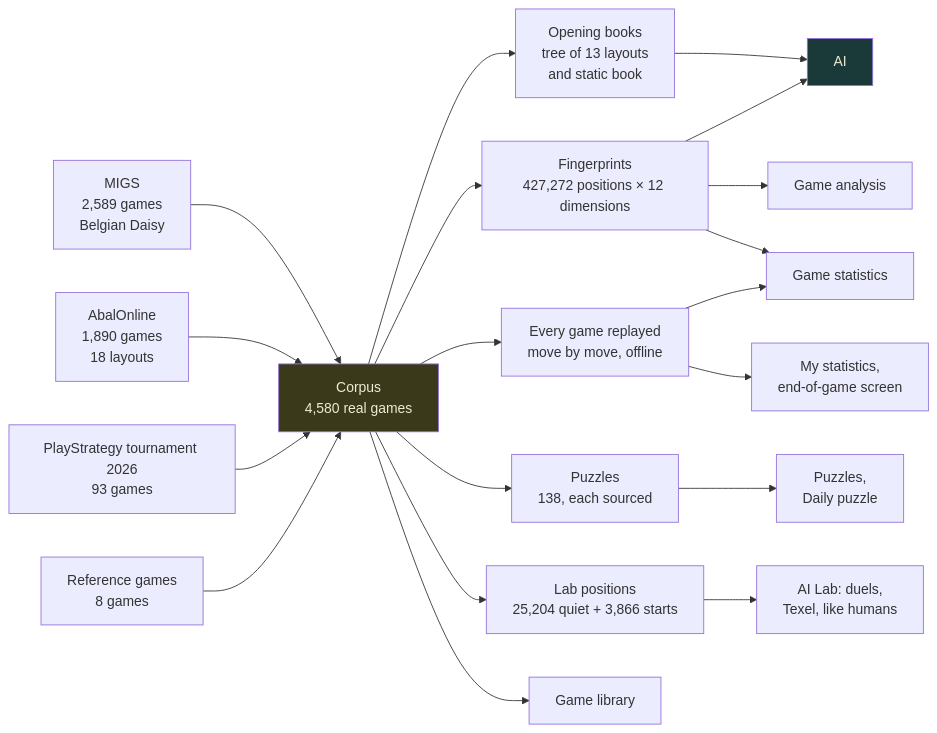
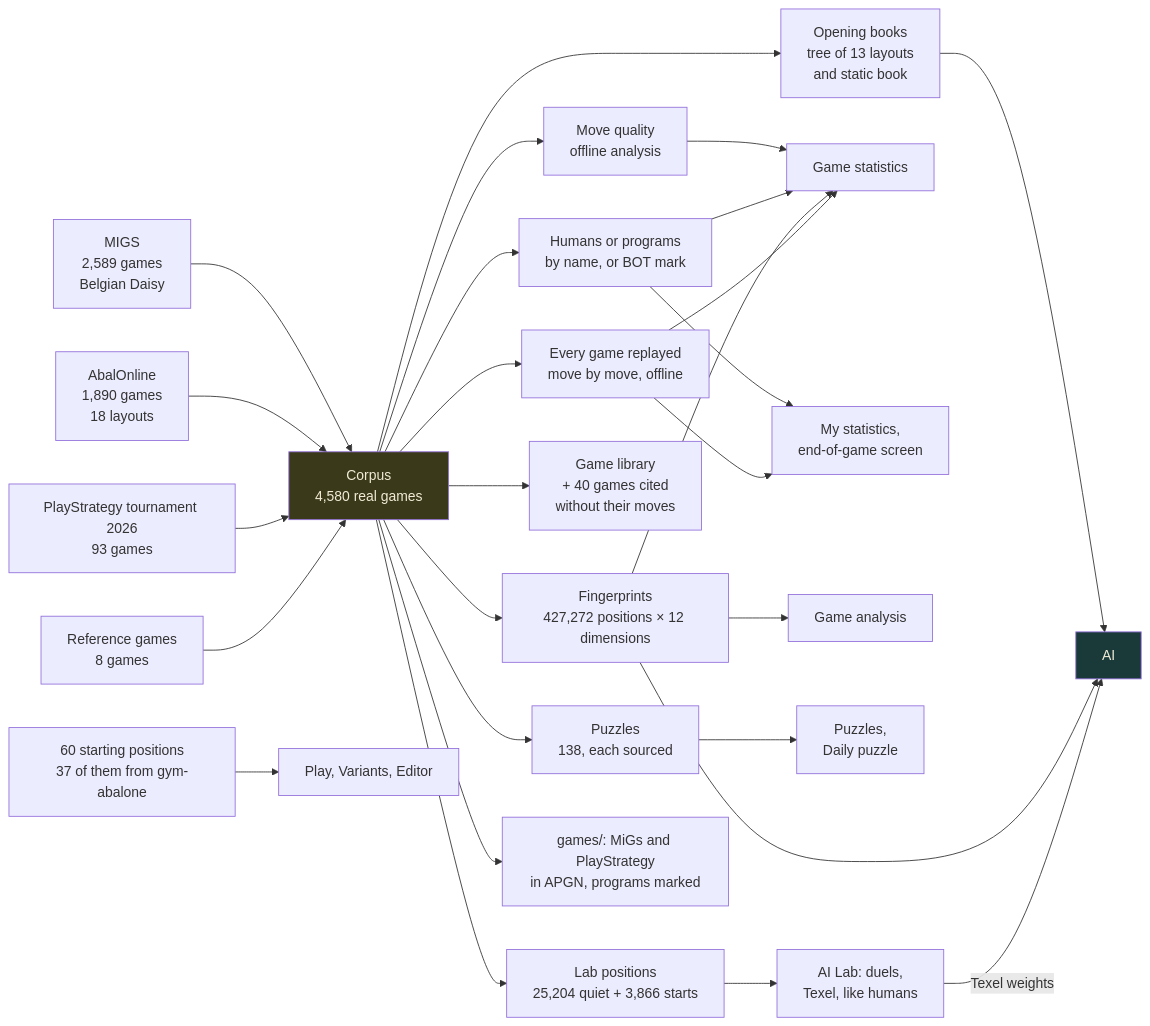
The second of 3 diagrams in docs-en/Architecture.en.md (ocj94/Abalassembly), drawn with Mermaid before and after one commit. The commit also changed other lines of this file and 8 other files, not shown here.

First line of the commit message:
v2.96 : page Architecture remise a jour ; PlayStrategy n'est plus bloque par le site

````diff
--- a/docs-en/Architecture.en.md
+++ b/docs-en/Architecture.en.md
@@ -60,26 +61,34 @@
 ```mermaid
 flowchart LR
     S1[MIGS<br/>2,589 games<br/>Belgian Daisy] --> C[Corpus<br/>4,580 real games]
     S2[AbalOnline<br/>1,890 games<br/>18 layouts] --> C
     S3[PlayStrategy tournament 2026<br/>93 games] --> C
     S4[Reference games<br/>8 games] --> C
 
     C --> O[Opening books<br/>tree of 13 layouts<br/>and static book]
     C --> E[Fingerprints<br/>427,272 positions × 12 dimensions]
     C --> R[Every game replayed<br/>move by move, offline]
     C --> P[Puzzles<br/>138, each sourced]
     C --> LP[Lab positions<br/>25,204 quiet + 3,866 starts]
-    C --> L[Game library]
+    C --> L[Game library<br/>+ 40 games cited<br/>without their moves]
+    C --> Q[Move quality<br/>offline analysis]
+    C --> HP[Humans or programs<br/>by name, or BOT mark]
+    C --> AP[games/: MiGs and PlayStrategy<br/>in APGN, programs marked]
+    D[60 starting positions<br/>37 of them from gym-abalone] --> V[Play, Variants, Editor]
+    Q --> ST
+    HP --> ST
+    HP --> MS
 
     O --> AI[AI]
     E --> AI
     E --> AN[Game analysis]
     E --> ST[Game statistics]
     R --> ST
     R --> MS[My statistics,<br/>end-of-game screen]
     P --> PB[Puzzles,<br/>Daily puzzle]
     LP --> LAB[AI Lab: duels,<br/>Texel, like humans]
+    LAB -->|Texel weights| AI
 
     style C fill:#3a3a1a,color:#f0ead6
     style AI fill:#1a3a3a,color:#f0ead6
 ```
````
